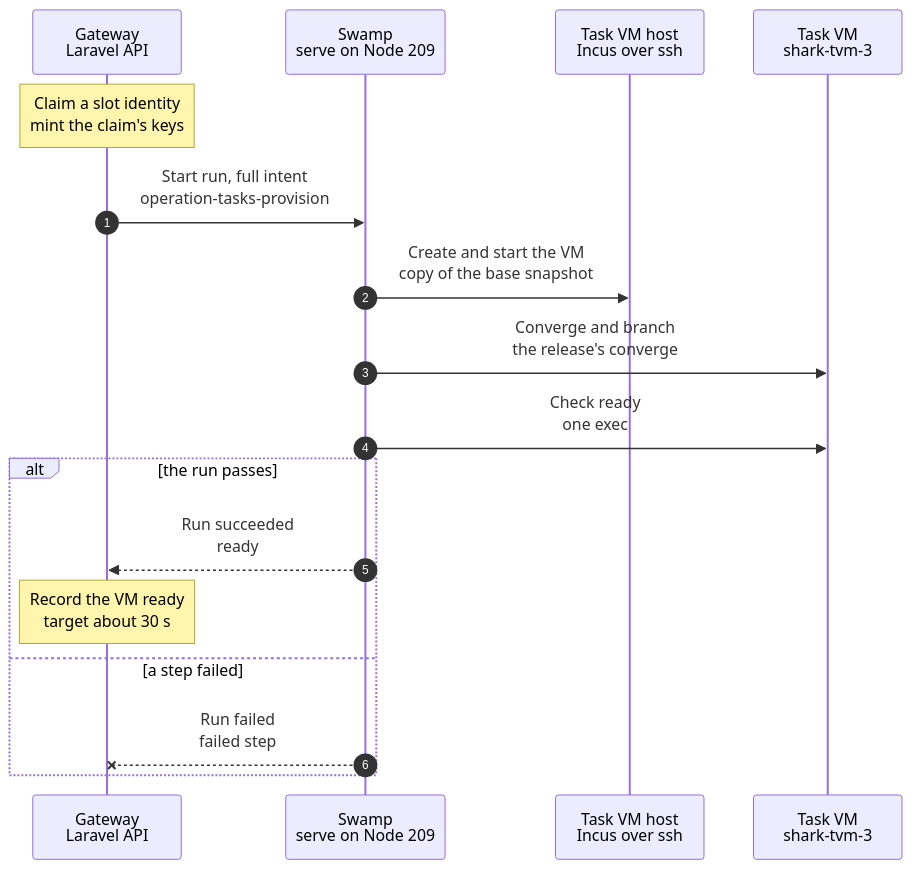
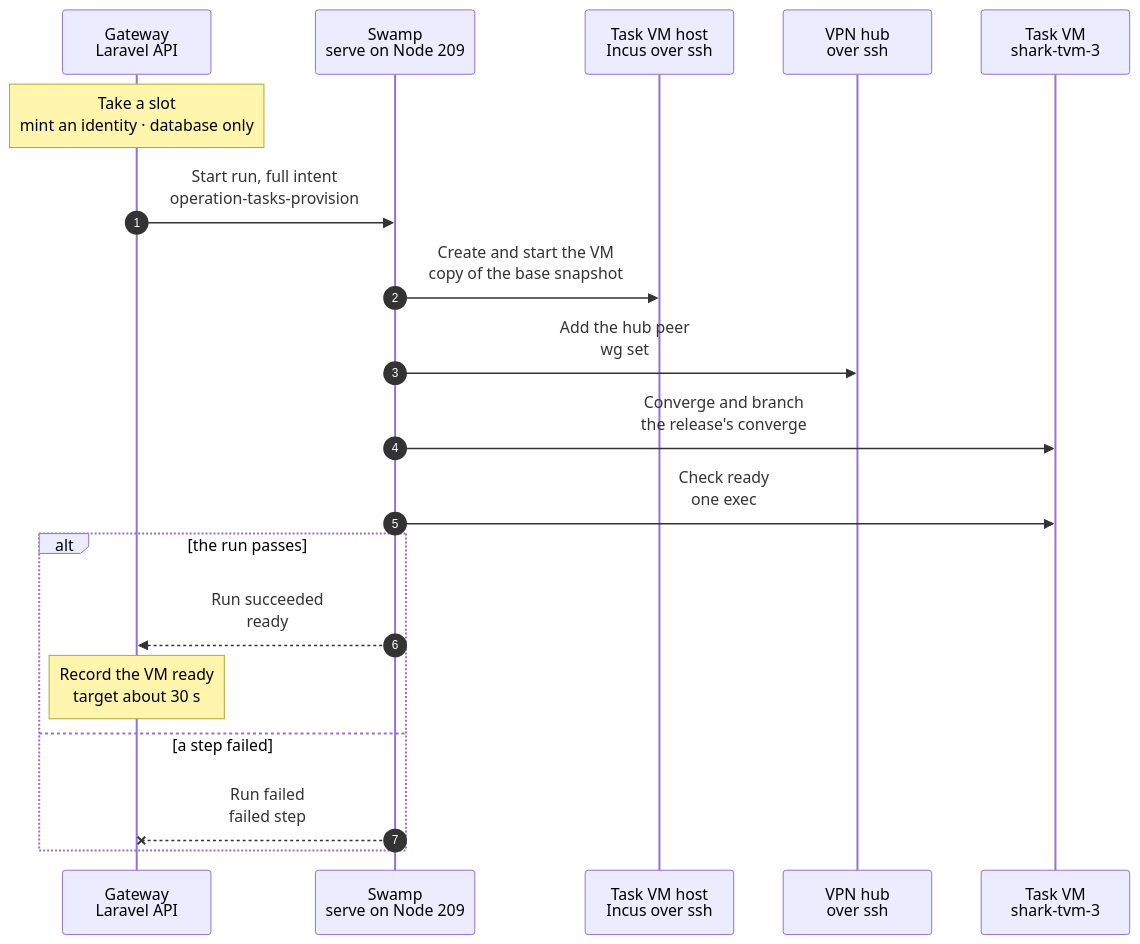
The diagram in docs/cli/tasks/provision.mmd (hardimpactdev/orbit), drawn with Mermaid before and after one commit. The commit also changed 58 other files, not shown here.

First line of the commit message:
Task start mints a fresh identity per slot; release deletes the Node

```diff
--- a/docs/cli/tasks/provision.mmd
+++ b/docs/cli/tasks/provision.mmd
@@ -1,42 +1,47 @@
 sequenceDiagram
-  %% Target design (agreed with Nick step by step, 2026-11-07): a task start copies the host's base VM snapshot and gives the copy a fixed slot identity. A slot is only an identity (shark-tvm-3: Node, WireGuard key and hub peer, host key, agent secret), kept by the Gateway; no slot VM waits ready.
+  %% Target design (agreed with Nick, 2026-11-07): a task start copies the host's base VM snapshot and gives the copy a fresh identity. There are no fixed slot identities: a slot is only a place under the host's capacity (`max_vms`), and the VM is named `<host>-tvm-<n>` by its slot number.
   %% status: draft
   %% command: tasks:provision
   %% kind: tasks.provision
   autonumber
   %% lane GW icon=gateway pill=intent tone=blue
   %% lane SW icon=workflow pill=executes tone=green
   %% lane H icon=server pill=target tone=amber
+  %% lane HUB icon=server pill=target tone=purple
   %% lane VM icon=server pill=task VM tone=purple
   participant GW as Gateway<br/>Laravel API
   participant SW as Swamp<br/>serve on Node 209
   participant H as Task VM host<br/>Incus over ssh
+  participant HUB as VPN hub<br/>over ssh
   participant VM as Task VM<br/>shark-tvm-3
-  Note over GW: Claim a slot identity<br/>mint the claim's keys
+  Note over GW: Take a slot<br/>mint an identity · database only
   %%> Started by:
   %%> - `tasks:provision` for a todo group, from proof CI or feature work
   %%> Result:
-  %%> - the group holds the free identity `shark-tvm-3`; its Node, WireGuard peer, host key and agent secret already exist
-  %%> - the Gateway mints the claim's Pi token and model key into the vault; about 1 s
+  %%> - the lowest free slot number under the capacity of the host with the most room: `shark-tvm-3`
+  %%> - a fresh identity: the Node record with its `app-dev` role, a WireGuard key pair, the agent secret and an SSH host key, pinned on the Node from the start so nothing is read back
+  %%> - the claim's Pi token and model key in the vault
   GW->>SW: Start run, full intent<br/>operation-tasks-provision
   SW->>H: Create and start the VM<br/>copy of the base snapshot
   %%> What it does:
-  %%> - one host exec: `incus copy` of the base VM's recorded snapshot and a clone of its seed snapshot (ZFS clones), `incus start`, then the slot identity and the claim's keys from the vault on stdin and the services that use them
+  %%> - one host exec: `incus copy` of the base VM's recorded snapshot and a clone of its seed snapshot (ZFS clones), the identity and the claim's keys written from the vault on stdin, then `incus start` and the services that use them
   %%> - the containers start by themselves (`boot.autostart`) and already hold the proof Swamp Club key of the base
-  %%> - beside it, the claim's model key is registered with the model router
+  SW->>HUB: Add the hub peer<br/>wg set
+  %%> Runs beside the step before it: Swamp starts both at once.
+  %%> What it does:
+  %%> - the VM's public key and address on the WireGuard hub, while the VM boots; the claim's model key goes to the model router beside it
   SW->>VM: Converge and branch<br/>the release's converge
   %%> What it does:
   %%> - the same Ansible converge as the release refresh; with no delta every part is skipped, and it catches up a small delta when main moved since the last release
-  %%> - then the new task branch on the checkout
-  %%> - it waits for no nested service
+  %%> - then the new task branch on the checkout; it waits for no nested service
   SW->>VM: Check ready<br/>one exec
   %%> What it does:
   %%> - what a task needs: the agent, Pi, the tunnel and the three containers running; Swamp's `assert` decides
   alt the run passes
     SW-->>GW: Run succeeded<br/>ready
     Note over GW: Record the VM ready<br/>target about 30 s
   else a step failed
     SW--xGW: Run failed<br/>failed step
     %%> On failure:
-    %%> - the VM and its seed clone are deleted, the claim's keys revoked, the identity freed
+    %%> - the release runs: the VM, its seed clone, the hub peer, the keys and the Node record go, and the slot is free
   end
```
